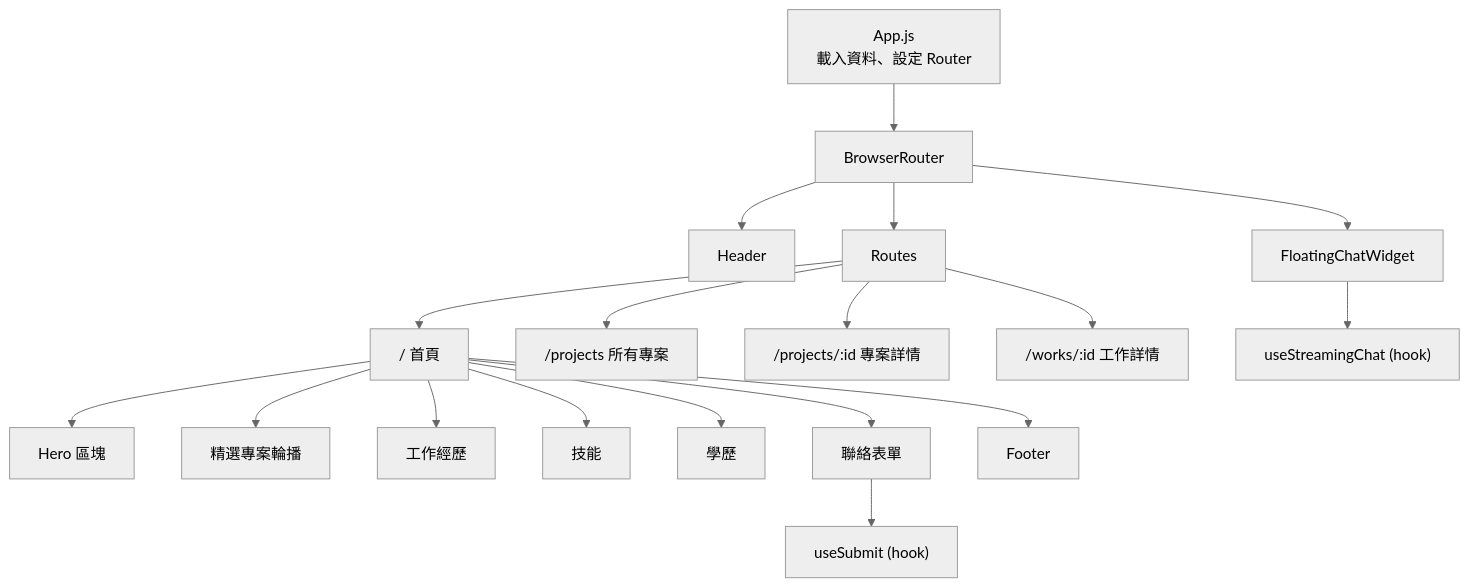
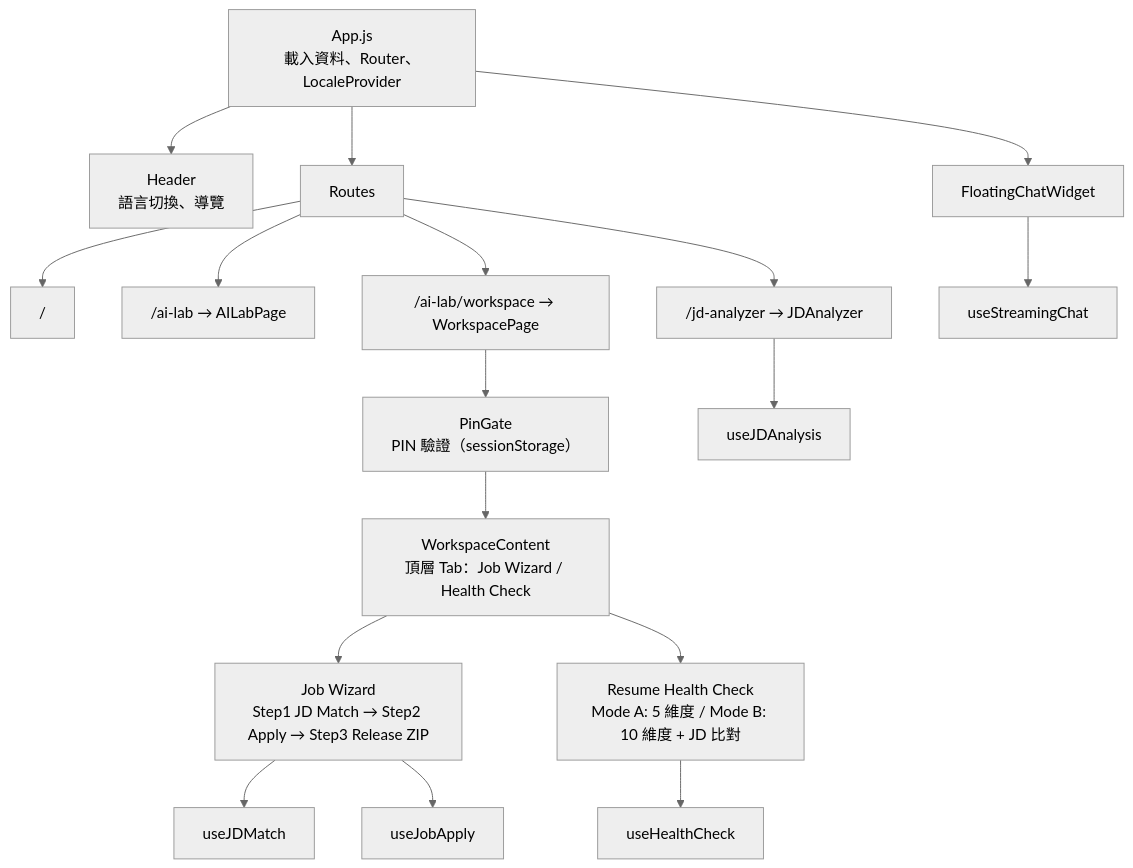
One commit to a920604a/self-reusme-website changed the second of 5 diagrams in docs/architecture.md. Above: the diagram before and after it, drawn with Mermaid (neutral theme). The commit also changed other lines of this file and 2 other files, not shown here.

Commit message:
refactor documentation: enhance routing, theme, and hooks sections in CLAUDE.md; update features and architecture in README.md and architecture.md

````diff
--- a/docs/architecture.md
+++ b/docs/architecture.md
@@ -79,25 +83,24 @@
 ```mermaid
 graph TD
-    App["App.js\n載入資料、設定 Router"]
+    App["App.js\n載入資料、Router、LocaleProvider"]
 
-    App --> Router["BrowserRouter"]
-    Router --> Header
-    Router --> FloatingChatWidget
-    Router --> Routes
+    App --> Header["Header\n語言切換、導覽"]
+    App --> FloatingChatWidget
+    App --> Routes
 
-    Routes --> Home["/ 首頁"]
-    Routes --> Projects["/projects 所有專案"]
-    Routes --> ProjectDetail["/projects/:id 專案詳情"]
-    Routes --> WorkDetail["/works/:id 工作詳情"]
+    Routes --> Home["/"]
+    Routes --> AILab["/ai-lab → AILabPage"]
+    Routes --> JDA["/jd-analyzer → JDAnalyzer"]
+    Routes --> WS["/ai-lab/workspace → WorkspacePage"]
 
-    Home --> LandingSection["Hero 區塊"]
-    Home --> ProjectsCarousel["精選專案輪播"]
-    Home --> WorksSummary["工作經歷"]
-    Home --> SkillSection["技能"]
-    Home --> EducationSection["學歷"]
-    Home --> ContactMeSection["聯絡表單"]
-    Home --> Footer
+    WS --> PinGate["PinGate\nPIN 驗證（sessionStorage）"]
+    PinGate --> WorkspaceContent["WorkspaceContent\n頂層 Tab：Job Wizard / Health Check"]
 
-    FloatingChatWidget --> useStreamingChat["useStreamingChat (hook)"]
-    ContactMeSection --> useSubmit["useSubmit (hook)"]
+    WorkspaceContent --> JobWizard["Job Wizard\nStep1 JD Match → Step2 Apply → Step3 Release ZIP"]
+    WorkspaceContent --> HealthCheck["Resume Health Check\nMode A: 5 維度 / Mode B: 10 維度 + JD 比對"]
+
+    FloatingChatWidget --> useStreamingChat
+    JDA --> useJDAnalysis
+    JobWizard --> useJDMatch & useJobApply
+    HealthCheck --> useHealthCheck
 ```
````
